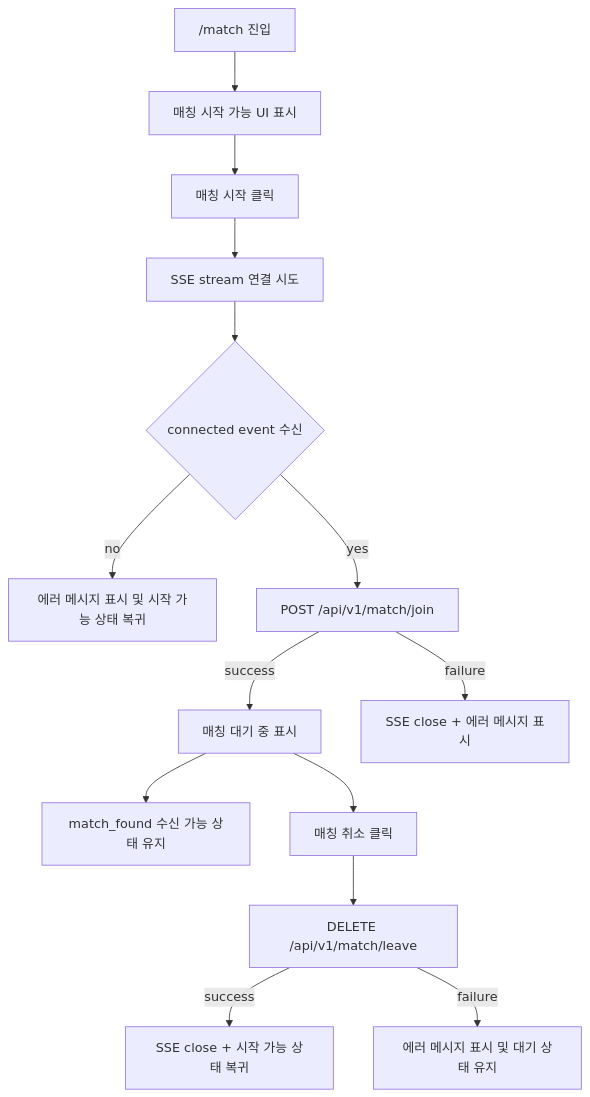
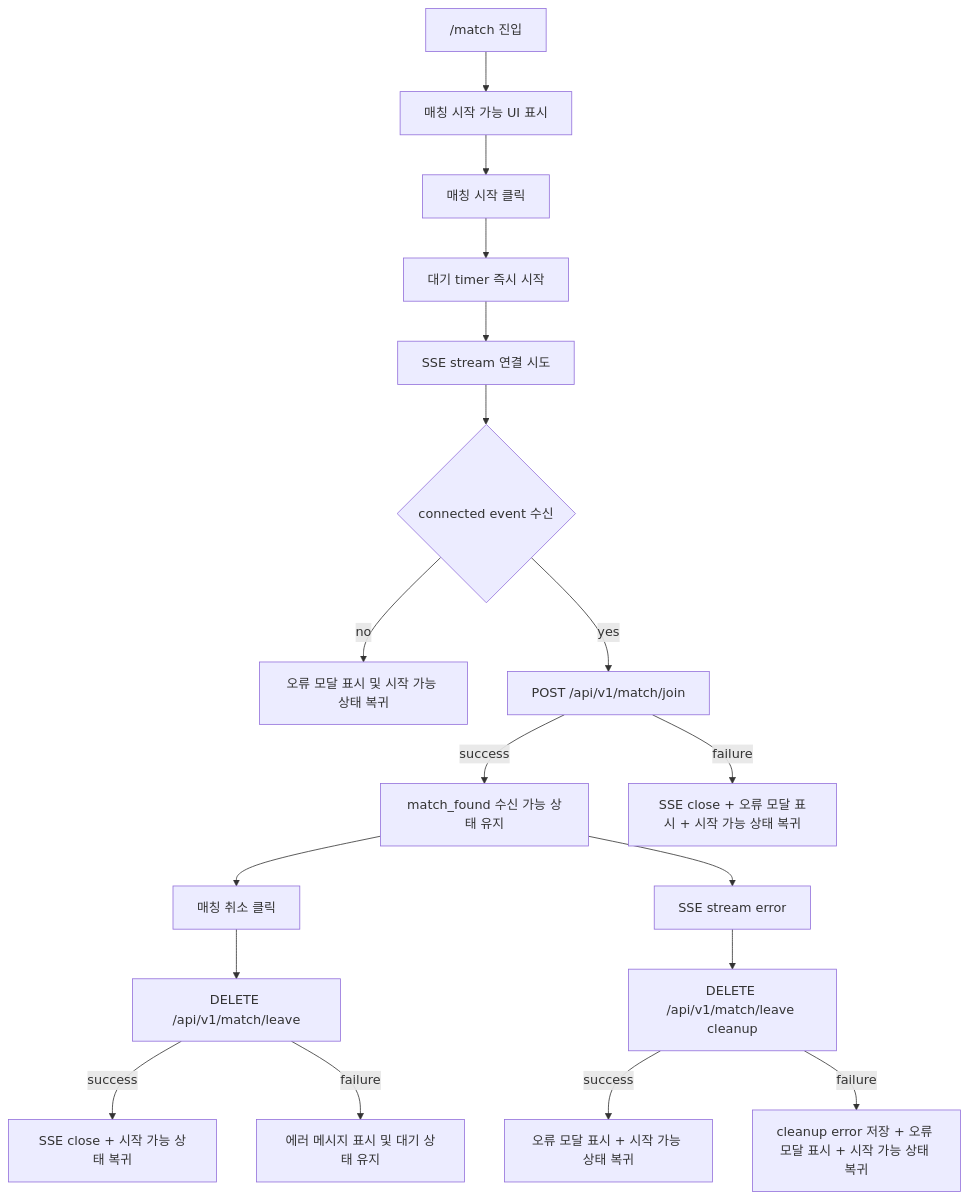
One commit to moonwhistle/League-of-Star changed the first of 2 diagrams in docs/antigravity/frontend/issue-78-match-page.md. Above: the diagram before and after it, drawn with Mermaid. The commit also changed other lines of this file and 3 other files, not shown here.

````diff
--- a/docs/antigravity/frontend/issue-78-match-page.md
+++ b/docs/antigravity/frontend/issue-78-match-page.md
@@ -15,16 +15,20 @@
 ```mermaid
 flowchart TD
     A["/match 진입"] --> B["매칭 시작 가능 UI 표시"]
     B --> C["매칭 시작 클릭"]
-    C --> D["SSE stream 연결 시도"]
-    D --> E{connected event 수신}
-    E -->|no| F["에러 메시지 표시 및 시작 가능 상태 복귀"]
-    E -->|yes| G["POST /api/v1/match/join"]
-    G -->|success| H["매칭 대기 중 표시"]
-    G -->|failure| I["SSE close + 에러 메시지 표시"]
-    H --> J["match_found 수신 가능 상태 유지"]
-    H --> K["매칭 취소 클릭"]
+    C --> D["대기 timer 즉시 시작"]
+    D --> E["SSE stream 연결 시도"]
+    E --> F{connected event 수신}
+    F -->|no| G["오류 모달 표시 및 시작 가능 상태 복귀"]
+    F -->|yes| H["POST /api/v1/match/join"]
+    H -->|success| I["match_found 수신 가능 상태 유지"]
+    H -->|failure| J["SSE close + 오류 모달 표시 + 시작 가능 상태 복귀"]
+    I --> K["매칭 취소 클릭"]
     K --> L["DELETE /api/v1/match/leave"]
     L -->|success| M["SSE close + 시작 가능 상태 복귀"]
     L -->|failure| N["에러 메시지 표시 및 대기 상태 유지"]
+    I --> O["SSE stream error"]
+    O --> P["DELETE /api/v1/match/leave cleanup"]
+    P -->|success| Q["오류 모달 표시 + 시작 가능 상태 복귀"]
+    P -->|failure| R["cleanup error 저장 + 오류 모달 표시 + 시작 가능 상태 복귀"]
 ```
````
